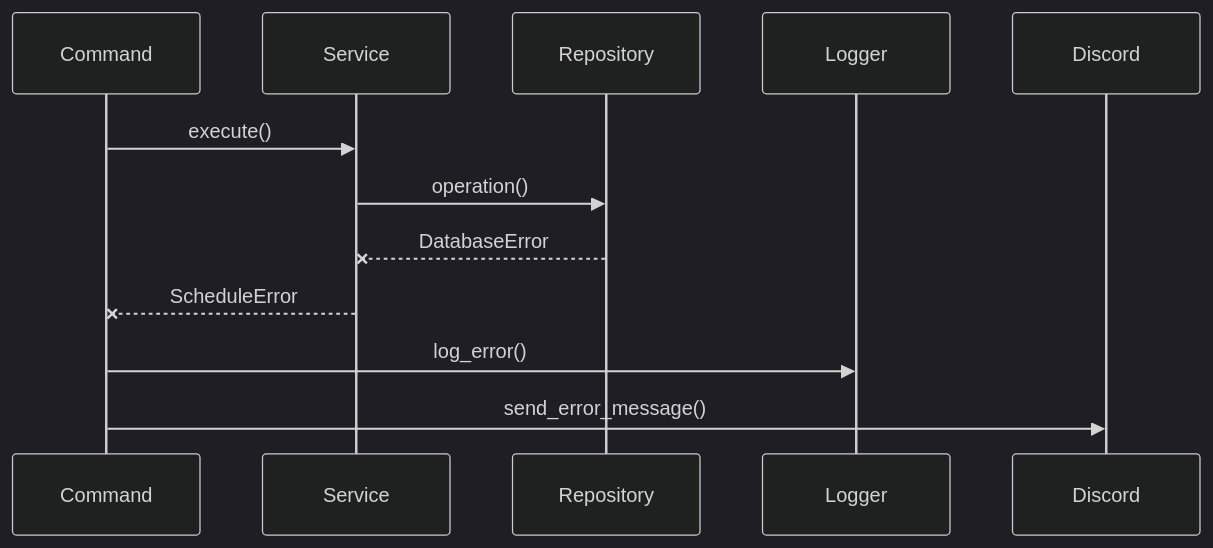
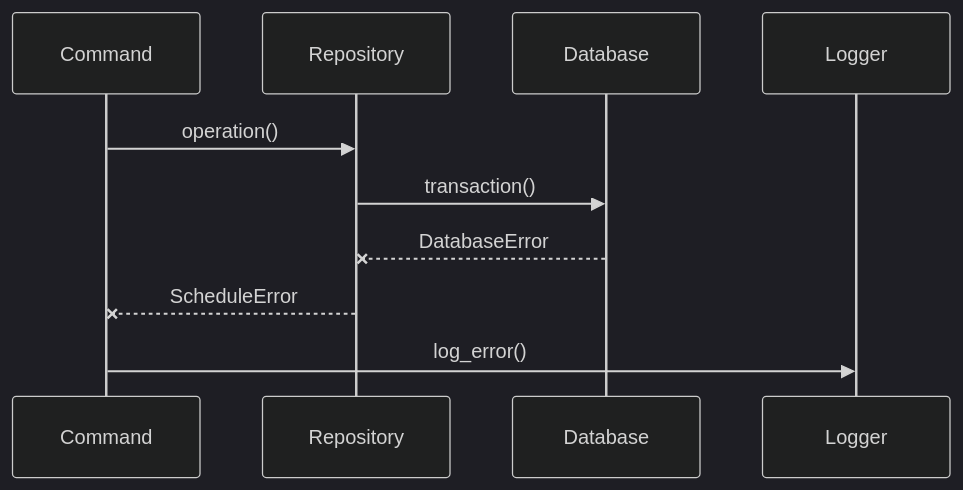
Before and after one commit to nissy242424/SimpleScheduleDiscordBot: the fourth of 4 diagrams in docs/MODULES.md, drawn with Mermaid (dark theme). The commit also changed other lines of this file and 4 other files, not shown here.

````diff
--- a/docs/MODULES.md
+++ b/docs/MODULES.md
@@ -227,14 +174,13 @@
 ```mermaid
 sequenceDiagram
     participant Command
-    participant Service
     participant Repository
+    participant Database
     participant Logger
 
-    Command->>Service: execute()
-    Service->>Repository: operation()
-    Repository--xService: DatabaseError
-    Service--xCommand: ScheduleError
+    Command->>Repository: operation()
+    Repository->>Database: transaction()
+    Database--xRepository: DatabaseError
+    Repository--xCommand: ScheduleError
     Command->>Logger: log_error()
-    Command->>Discord: send_error_message()
 ```
````
